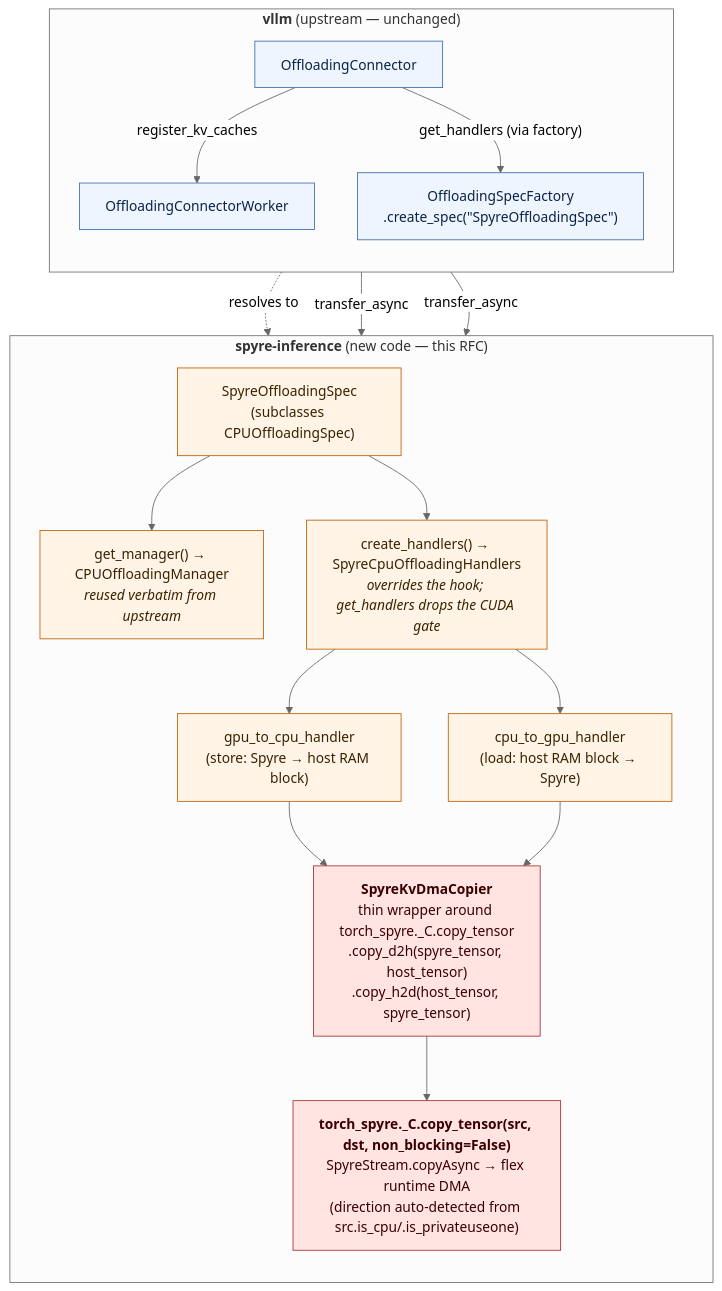
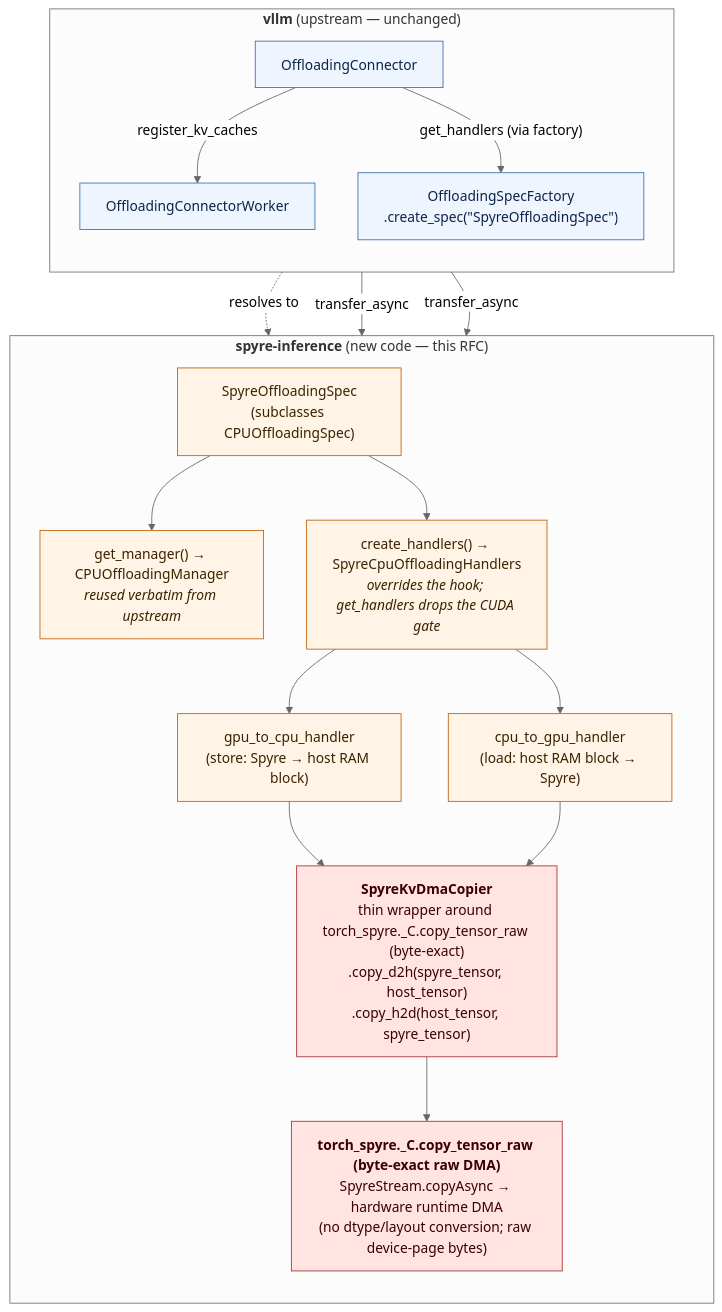
The first of 2 diagrams in docs/architecture/rfcs/upstream-connector-port.md (torch-spyre/spyre-inference), drawn with Mermaid before and after one commit. The commit also changed other lines of this file and 11 other files, not shown here.

````diff
--- a/docs/architecture/rfcs/upstream-connector-port.md
+++ b/docs/architecture/rfcs/upstream-connector-port.md
@@ -182,44 +186,44 @@
 ```mermaid
 %%{ init: { "flowchart": { "htmlLabels": true, "curve": "basis" }, "theme": "neutral" } }%%
 flowchart TB
 
     subgraph vllm["<b>vllm</b> (upstream — unchanged)"]
         direction TB
         OC["OffloadingConnector"]
         OCW["OffloadingConnectorWorker"]
         Factory["OffloadingSpecFactory<br/>.create_spec(&quot;SpyreOffloadingSpec&quot;)"]
         OC -- "register_kv_caches" --> OCW
         OC -- "get_handlers (via factory)" --> Factory
     end
 
     subgraph spyre["<b>spyre-inference</b> (new code — this RFC)"]
         direction TB
         Spec["SpyreOffloadingSpec<br/>(subclasses CPUOffloadingSpec)"]
         Mgr["get_manager() → CPUOffloadingManager<br/><i>reused verbatim from upstream</i>"]
         Handlers["create_handlers() → SpyreCpuOffloadingHandlers<br/><i>overrides the hook; get_handlers drops the CUDA gate</i>"]
         D2H["gpu_to_cpu_handler<br/>(store: Spyre → host RAM block)"]
         H2D["cpu_to_gpu_handler<br/>(load: host RAM block → Spyre)"]
-        Copier["<b>SpyreKvDmaCopier</b><br/>thin wrapper around torch_spyre._C.copy_tensor<br/>.copy_d2h(spyre_tensor, host_tensor)<br/>.copy_h2d(host_tensor, spyre_tensor)"]
-        Backend["<b>torch_spyre._C.copy_tensor(src, dst, non_blocking=False)</b><br/>SpyreStream.copyAsync → flex runtime DMA<br/>(direction auto-detected from src.is_cpu/.is_privateuseone)"]
+        Copier["<b>SpyreKvDmaCopier</b><br/>thin wrapper around torch_spyre._C.copy_tensor_raw (byte-exact)<br/>.copy_d2h(spyre_tensor, host_tensor)<br/>.copy_h2d(host_tensor, spyre_tensor)"]
+        Backend["<b>torch_spyre._C.copy_tensor_raw (byte-exact raw DMA)</b><br/>SpyreStream.copyAsync → hardware runtime DMA<br/>(no dtype/layout conversion; raw device-page bytes)"]
 
         Spec --> Mgr
         Spec --> Handlers
         Handlers --> D2H
         Handlers --> H2D
         D2H --> Copier
         H2D --> Copier
         Copier --> Backend
     end
 
     Factory -. "resolves to" .-> Spec
     OCW -- "transfer_async" --> D2H
     OCW -- "transfer_async" --> H2D
 
     classDef upstream fill:#eef5ff,stroke:#3b6fb3,color:#0b2447
     classDef plugin fill:#fff4e6,stroke:#c1620a,color:#3a2300
     classDef hot fill:#ffe4e1,stroke:#a83232,color:#3a0000
 
     class OC,OCW,Factory upstream
     class Spec,Mgr,Handlers,D2H,H2D plugin
     class Copier,Backend hot
 ```
````
